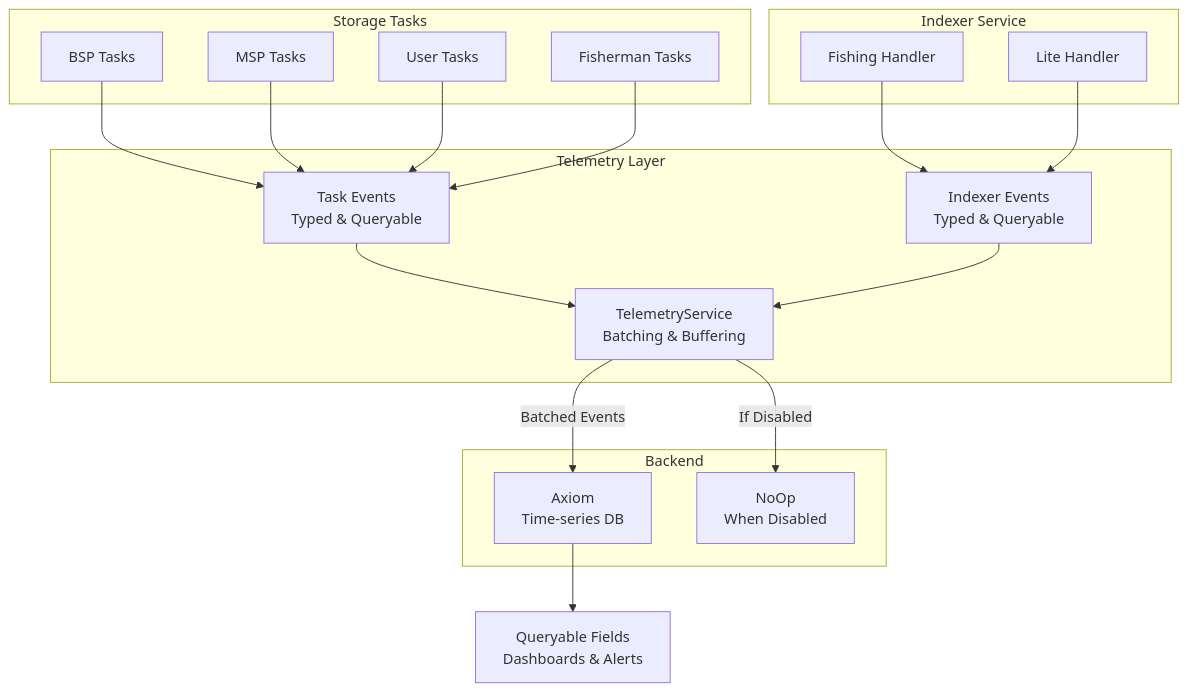
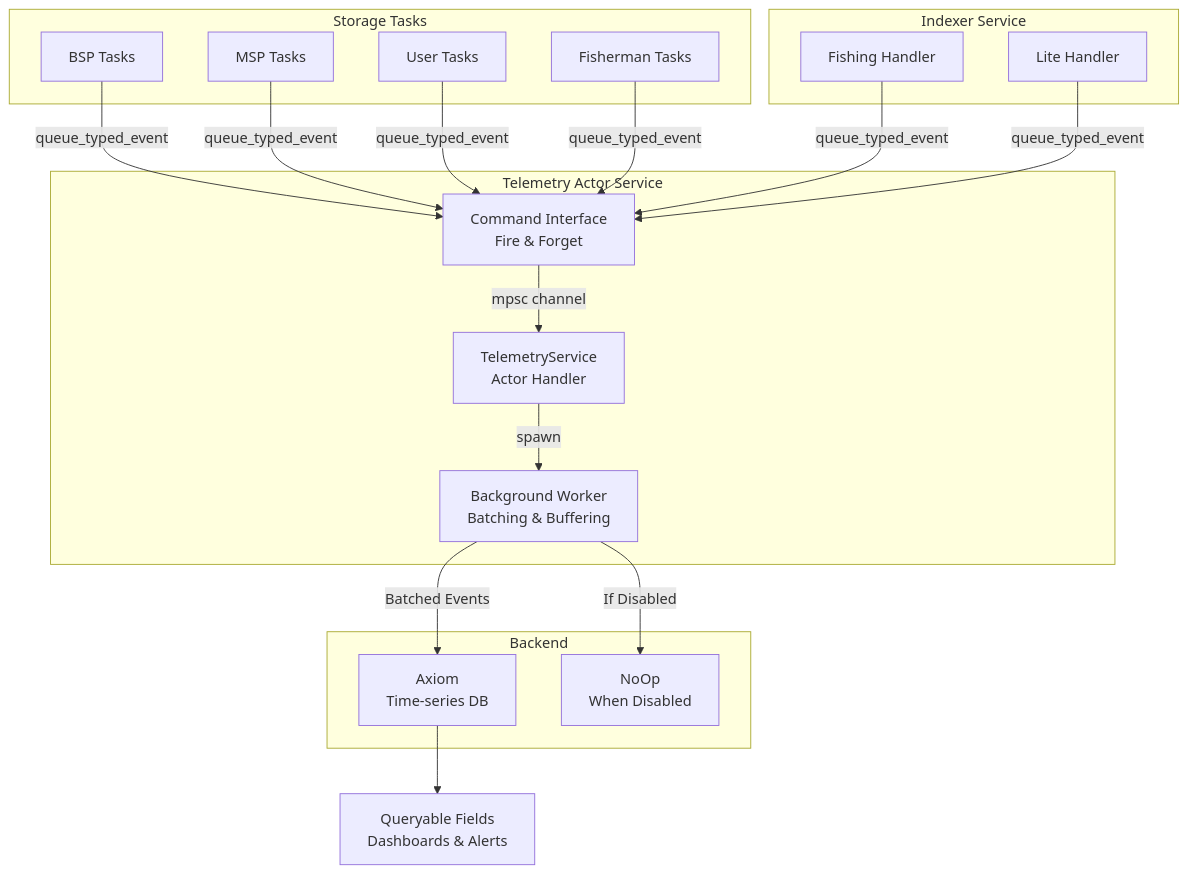
The first of 7 diagrams in telemetry-integration-plan.md (Moonsong-Labs/storage-hub), drawn with Mermaid before and after one commit. The commit also changed other lines of this file and 30 other files, not shown here.

First line of the commit message:
feat(telemetry): Implement actor-based telemetry service architecture

````diff
--- a/telemetry-integration-plan.md
+++ b/telemetry-integration-plan.md
@@ -10,41 +17,41 @@
 ```mermaid
 graph TB
     subgraph "Storage Tasks"
         BSP[BSP Tasks]
         MSP[MSP Tasks]
         USER[User Tasks]
         FISH[Fisherman Tasks]
     end
     
     subgraph "Indexer Service"
         FISHING[Fishing Handler]
         LITE[Lite Handler]
     end
     
-    subgraph "Telemetry Layer"
-        TE[Task Events<br/>Typed & Queryable]
-        IE[Indexer Events<br/>Typed & Queryable]
-        TS[TelemetryService<br/>Batching & Buffering]
+    subgraph "Telemetry Actor Service"
+        CMD[Command Interface<br/>Fire & Forget]
+        HANDLER[TelemetryService<br/>Actor Handler]
+        WORKER[Background Worker<br/>Batching & Buffering]
     end
     
     subgraph "Backend"
         AXIOM[Axiom<br/>Time-series DB]
         NOOP[NoOp<br/>When Disabled]
     end
     
-    BSP --> TE
-    MSP --> TE
-    USER --> TE
-    FISH --> TE
+    BSP -->|queue_typed_event| CMD
+    MSP -->|queue_typed_event| CMD
+    USER -->|queue_typed_event| CMD
+    FISH -->|queue_typed_event| CMD
     
-    FISHING --> IE
-    LITE --> IE
+    FISHING -->|queue_typed_event| CMD
+    LITE -->|queue_typed_event| CMD
     
-    TE --> TS
-    IE --> TS
+    CMD -->|mpsc channel| HANDLER
+    HANDLER -->|spawn| WORKER
     
-    TS -->|Batched Events| AXIOM
-    TS -->|If Disabled| NOOP
+    WORKER -->|Batched Events| AXIOM
+    WORKER -->|If Disabled| NOOP
     
     AXIOM --> QUERY[Queryable Fields<br/>Dashboards & Alerts]
 ```
````
